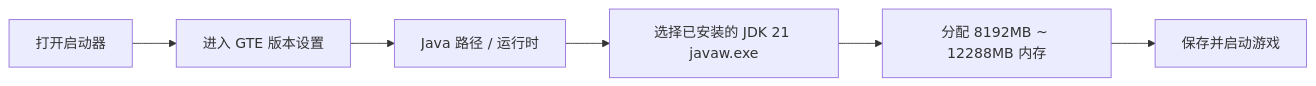
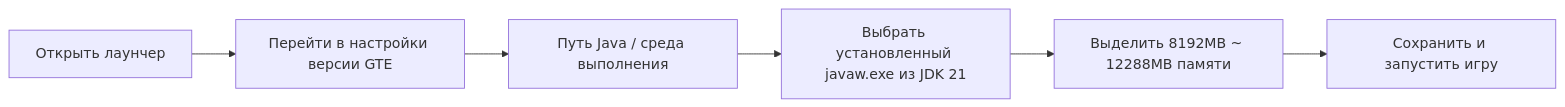
The diagram in docs/ru/download-and-play/lazy-pack.md (takanashisatou/GregtechEasy-Docs), drawn with Mermaid before and after one commit. The commit also changed other lines of this file and 99 other files, not shown here.

````diff
--- a/docs/ru/download-and-play/lazy-pack.md
+++ b/docs/ru/download-and-play/lazy-pack.md
@@ -57,8 +57,8 @@
 ```mermaid
 graph LR
-    A[打开启动器] --> B[进入 GTE 版本设置]
-    B --> C[Java 路径 / 运行时]
-    C --> D[选择已安装的 JDK 21 javaw.exe]
-    D --> E[分配 8192MB ~ 12288MB 内存]
-    E --> F[保存并启动游戏]
+    A[Открыть лаунчер] --> B[Перейти в настройки версии GTE]
+    B --> C[Путь Java / среда выполнения]
+    C --> D[Выбрать установленный javaw.exe из JDK 21]
+    D --> E[Выделить 8192MB ~ 12288MB памяти]
+    E --> F[Сохранить и запустить игру]
 ```
````
